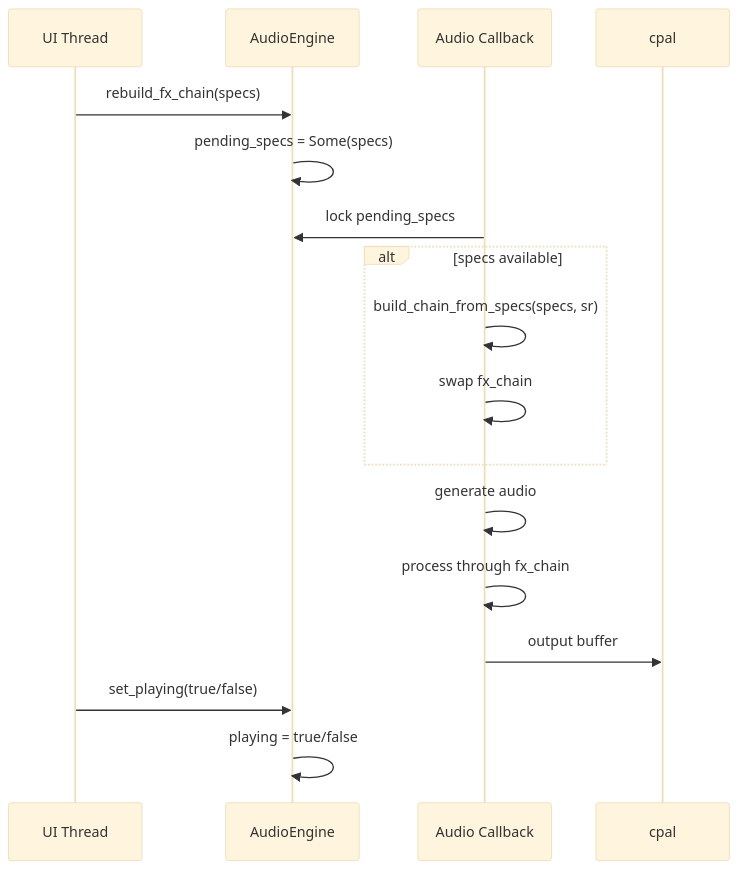
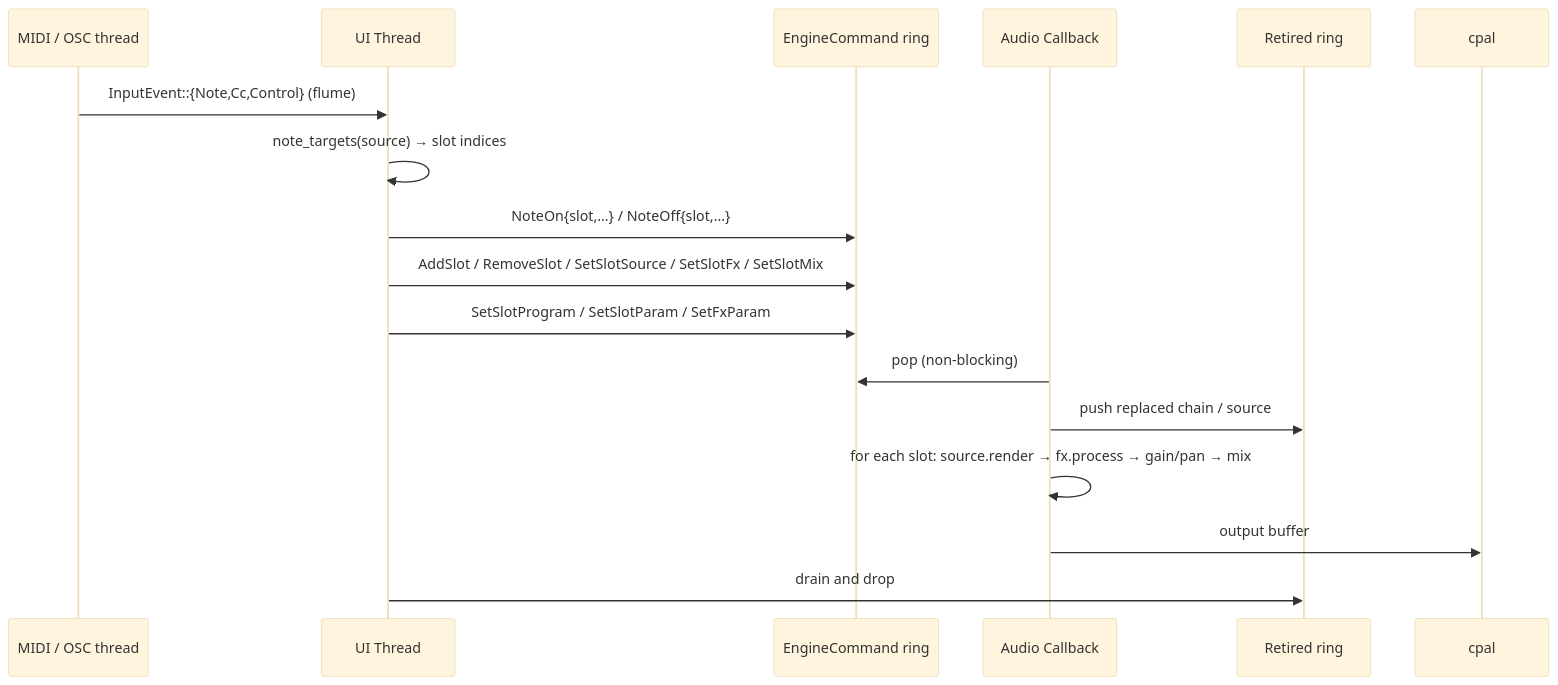
The third of 8 diagrams in docs/architecture.md (jacodelia/choz), drawn with Mermaid (base theme) before and after one commit. The commit also changed other lines of this file and 3 other files, not shown here.

````diff
--- a/docs/architecture.md
+++ b/docs/architecture.md
@@ -120,21 +170,19 @@
 ```mermaid
 sequenceDiagram
+    participant MIDI as MIDI / OSC thread
     participant UI as UI Thread
-    participant Engine as AudioEngine
+    participant Cmd as EngineCommand ring
     participant Audio as Audio Callback
+    participant Ret as Retired ring
 
-    UI->>Engine: rebuild_fx_chain(specs)
-    Engine->>Engine: pending_specs = Some(specs)
-    
-    Audio->>Engine: lock pending_specs
-    alt specs available
-        Audio->>Audio: build_chain_from_specs(specs, sr)
-        Audio->>Audio: swap fx_chain
-    end
-    Audio->>Audio: generate audio
-    Audio->>Audio: process through fx_chain
+    MIDI->>UI: InputEvent::{Note,Cc,Control} (flume)
+    UI->>UI: note_targets(source) → slot indices
+    UI->>Cmd: NoteOn{slot,…} / NoteOff{slot,…}
+    UI->>Cmd: AddSlot / RemoveSlot / SetSlotSource / SetSlotFx / SetSlotMix
+    UI->>Cmd: SetSlotProgram / SetSlotParam / SetFxParam
+    Audio->>Cmd: pop (non-blocking)
+    Audio->>Ret: push replaced chain / source
+    Audio->>Audio: for each slot: source.render → fx.process → gain/pan → mix
     Audio->>cpal: output buffer
-
-    UI->>Engine: set_playing(true/false)
-    Engine->>Engine: playing = true/false
+    UI->>Ret: drain and drop
 ```
````
